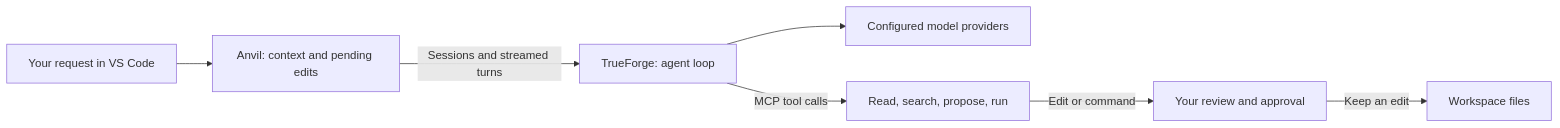
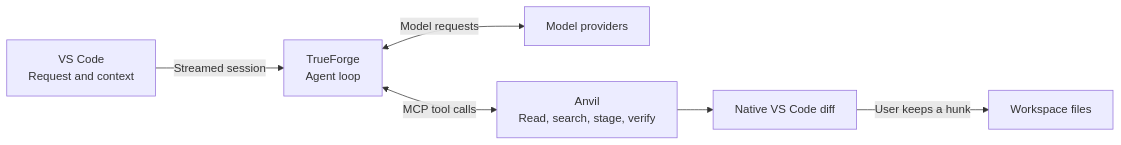
The diagram in README.md (M-Kushaal/Anvil-x-TrueForge), drawn with Mermaid before and after one commit. The commit also changed other lines of this file and 57 other files, not shown here.

Commit message:
Finalize Anvil review workflow and Forge-a-thon submission

````diff
--- a/README.md
+++ b/README.md
@@ -126,9 +109,8 @@
 ```mermaid
 flowchart LR
-    A[Your request in VS Code] --> B[Anvil: context and pending edits]
-    B -->|Sessions and streamed turns| C[TrueForge: agent loop]
-    C --> D[Configured model providers]
-    C -->|MCP tool calls| E[Read, search, propose, run]
-    E -->|Edit or command| F[Your review and approval]
-    F -->|Keep an edit| G[Workspace files]
+    A["VS Code<br/>Request and context"] -->|Streamed session| B["TrueForge<br/>Agent loop"]
+    B <-->|Model requests| C["Model providers"]
+    B <-->|MCP tool calls| D["Anvil<br/>Read, search, stage, verify"]
+    D --> E["Native VS Code diff"]
+    E -->|User keeps a hunk| F["Workspace files"]
 ```
````
